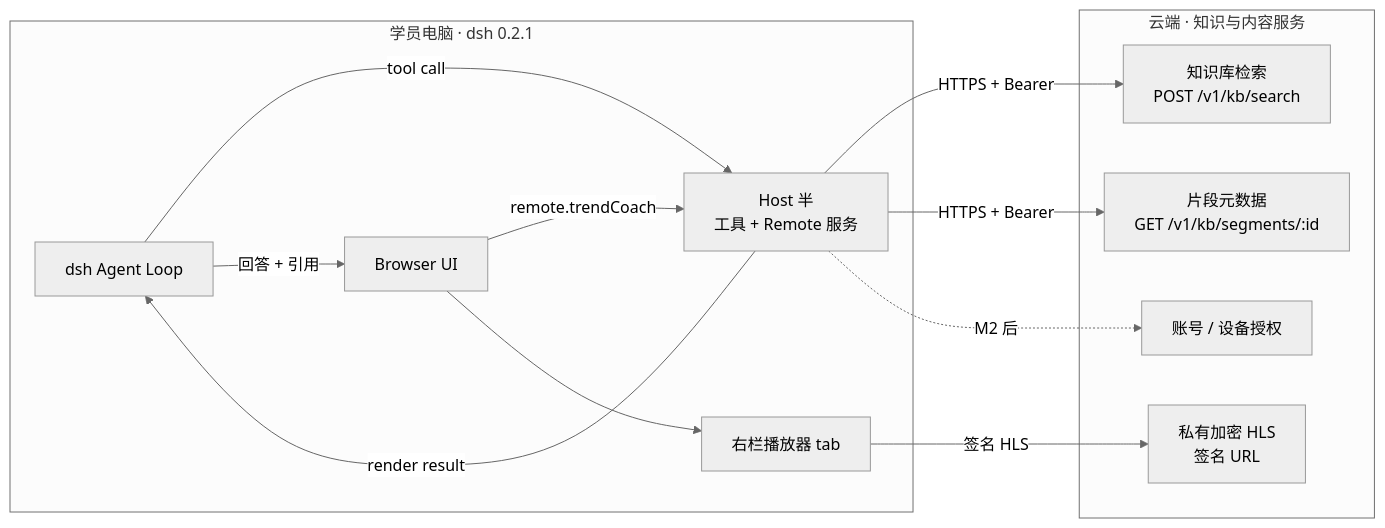
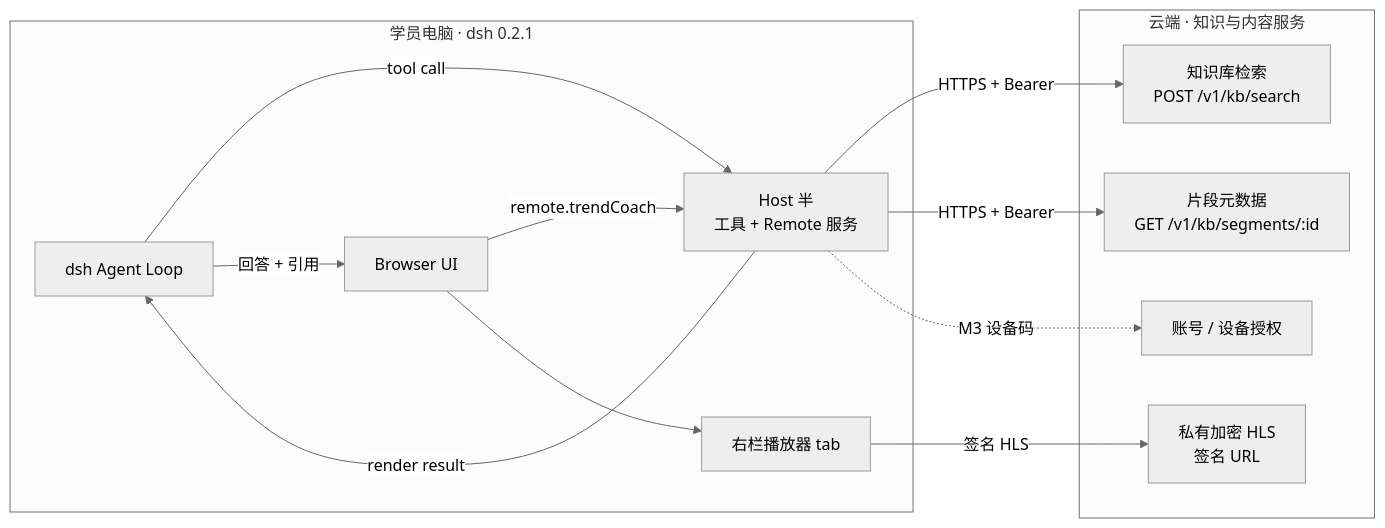
The first of 3 diagrams in docs/architecture/architecture-design.md (domonic18/dsh-plugin-trend-coach), drawn with Mermaid (neutral theme) before and after one commit. The commit also changed other lines of this file, not shown here.

First line of the commit message:
docs(architecture): 补充 v1.1 覆盖矩阵、播放语义与关键决策

````diff
--- a/docs/architecture/architecture-design.md
+++ b/docs/architecture/architecture-design.md
@@ -45,22 +46,22 @@
 ```mermaid
 flowchart LR
   subgraph Local["学员电脑 · dsh 0.2.1"]
     A[dsh Agent Loop] -->|tool call| H[Host 半<br/>工具 + Remote 服务]
     U[Browser UI] -->|remote.trendCoach| H
     H -->|render result| A
     A -->|回答 + 引用| U
     U --> P[右栏播放器 tab]
   end
 
   subgraph Cloud["云端 · 知识与内容服务"]
     KB[知识库检索<br/>POST /v1/kb/search]
     SG[片段元数据<br/>GET /v1/kb/segments/:id]
     V[私有加密 HLS<br/>签名 URL]
     AC[账号 / 设备授权]
   end
 
   H -->|HTTPS + Bearer| KB
   H -->|HTTPS + Bearer| SG
   P -->|签名 HLS| V
-  H -.->|M2 后| AC
+  H -.->|M3 设备码| AC
 ```
````
